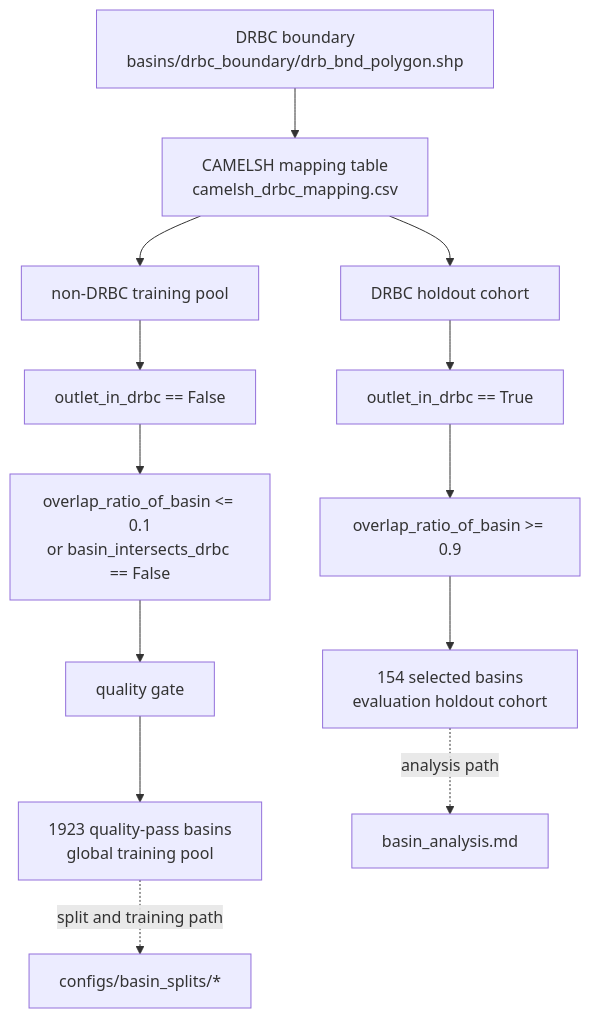
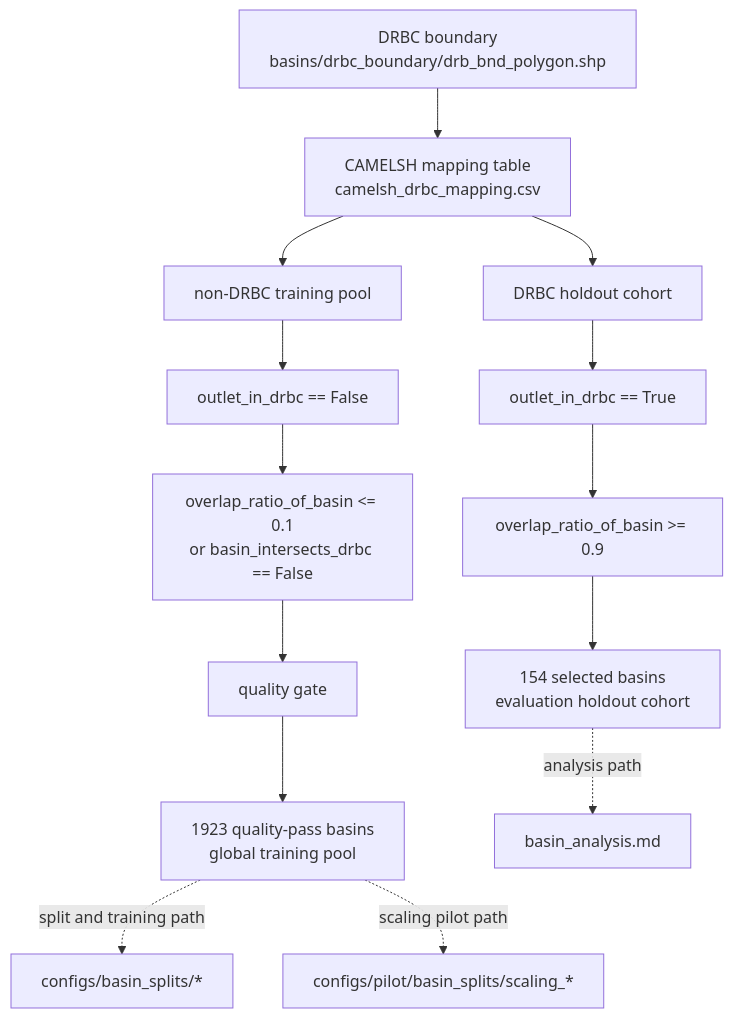
The first of 2 diagrams in docs/workflow/basin_cohort_definition.md (mossyantler/flood-underestimation-lstm), drawn with Mermaid before and after one commit. The commit also changed other lines of this file and 2 other files, not shown here.

First line of the commit message:
docs(research): update experiment protocol and basin cohort definition for scaling pilot

````diff
--- a/docs/workflow/basin_cohort_definition.md
+++ b/docs/workflow/basin_cohort_definition.md
@@ -24,19 +24,20 @@
 ```mermaid
 flowchart TD
     A["DRBC boundary<br/>basins/drbc_boundary/drb_bnd_polygon.shp"] --> B["CAMELSH mapping table<br/>camelsh_drbc_mapping.csv"]
 
     B --> C["DRBC holdout cohort"]
     B --> D["non-DRBC training pool"]
 
     C --> C1["outlet_in_drbc == True"]
     C1 --> C2["overlap_ratio_of_basin >= 0.9"]
     C2 --> C3["154 selected basins<br/>evaluation holdout cohort"]
 
     D --> D1["outlet_in_drbc == False"]
     D1 --> D2["overlap_ratio_of_basin <= 0.1<br/>or basin_intersects_drbc == False"]
     D2 --> D3["quality gate"]
     D3 --> D4["1923 quality-pass basins<br/>global training pool"]
 
     C3 -. analysis path .-> E["basin_analysis.md"]
     D4 -. split and training path .-> F["configs/basin_splits/*"]
+    D4 -. scaling pilot path .-> G["configs/pilot/basin_splits/scaling_*"]
 ```
````
